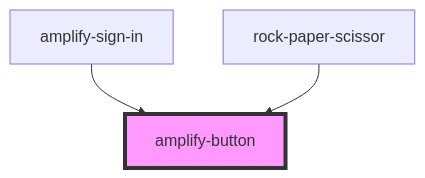
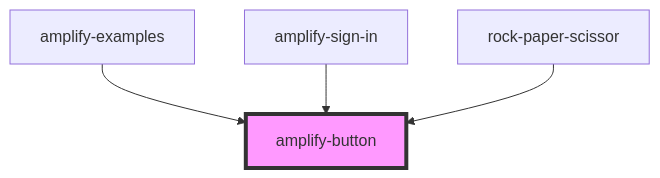
One commit to aws-amplify/amplify-js changed the diagram in packages/amplify-ui-components/src/components/amplify-button/readme.md. Above: the diagram before and after it, drawn with Mermaid. The commit also changed other lines of this file and 19 other files, not shown here.

````diff
--- a/packages/amplify-ui-components/src/components/amplify-button/readme.md
+++ b/packages/amplify-ui-components/src/components/amplify-button/readme.md
@@ -24,6 +25,7 @@
 ```mermaid
 graph TD;
+  amplify-examples --> amplify-button
   amplify-sign-in --> amplify-button
   rock-paper-scissor --> amplify-button
   style amplify-button fill:#f9f,stroke:#333,stroke-width:4px
 ```
````
